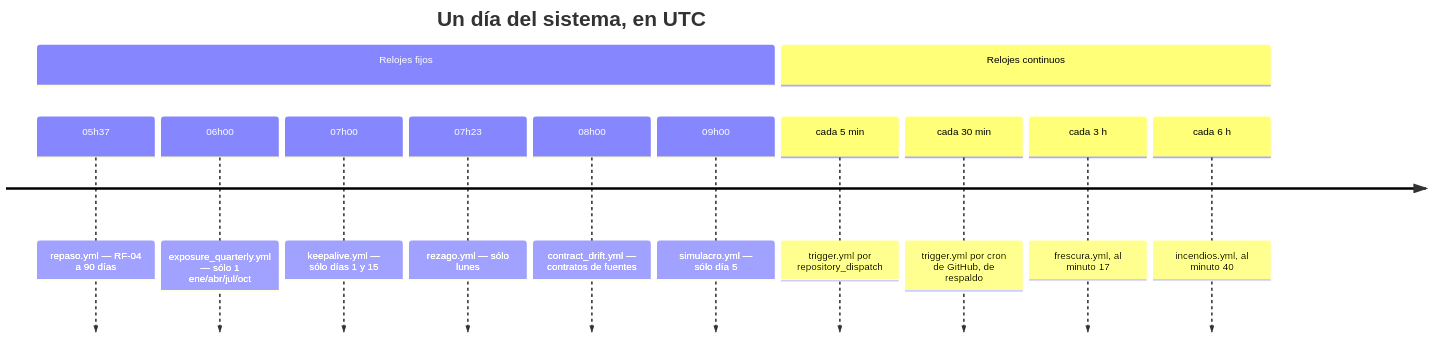
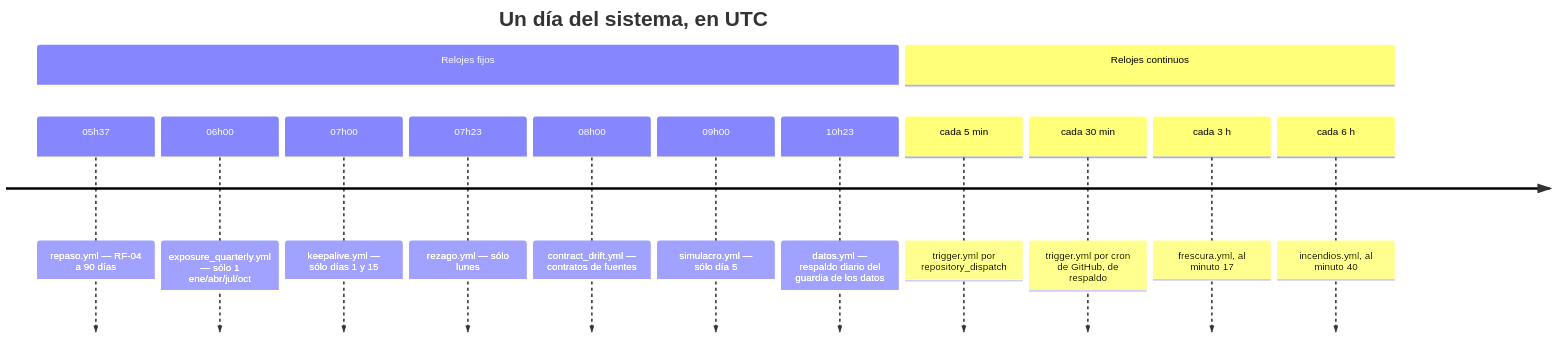
The first of 15 diagrams in docs/acciones/por-reloj.md (sforero77/CENTINELA), drawn with Mermaid before and after one commit. The commit also changed other lines of this file and 15 other files, not shown here.

````diff
--- a/docs/acciones/por-reloj.md
+++ b/docs/acciones/por-reloj.md
@@ -33,16 +34,17 @@
 ```mermaid
 timeline
   title Un día del sistema, en UTC
   section Relojes fijos
     05h37 : repaso.yml — RF-04 a 90 días
     06h00 : exposure_quarterly.yml — sólo 1 ene/abr/jul/oct
     07h00 : keepalive.yml — sólo días 1 y 15
     07h23 : rezago.yml — sólo lunes
     08h00 : contract_drift.yml — contratos de fuentes
     09h00 : simulacro.yml — sólo día 5
+    10h23 : datos.yml — respaldo diario del guardia de los datos
   section Relojes continuos
     cada 5 min : trigger.yml por repository_dispatch
     cada 30 min : trigger.yml por cron de GitHub, de respaldo
     cada 3 h : frescura.yml, al minuto 17
     cada 6 h : incendios.yml, al minuto 40
 ```
````
